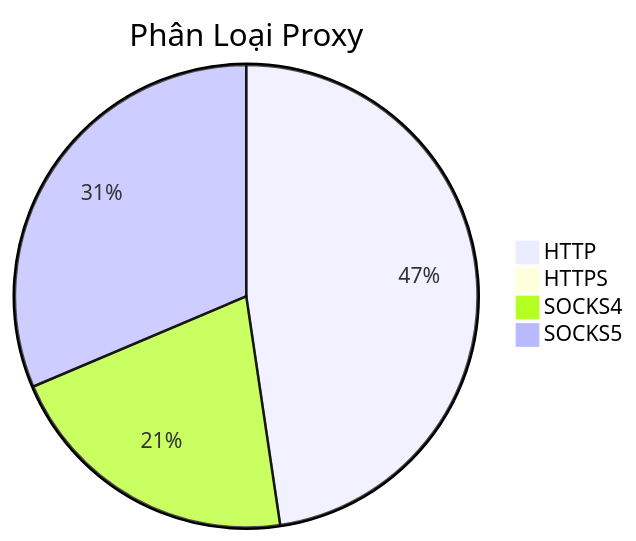
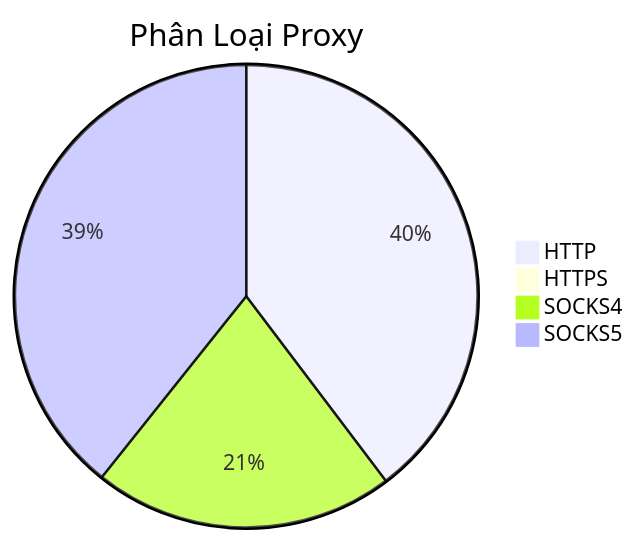
One commit to Ciara-Aa/PROXY-free changed the diagram in README.md. Above: the diagram before and after it, drawn with Mermaid. The commit also changed other lines of this file and 4 other files, not shown here.

````diff
--- a/README.md
+++ b/README.md
@@ -26,7 +26,7 @@
 ```mermaid
 pie title Phân Loại Proxy
-    "HTTP" : 366
+    "HTTP" : 285
     "HTTPS" : 3
-    "SOCKS4" : 161
-    "SOCKS5" : 241
+    "SOCKS4" : 151
+    "SOCKS5" : 282
 ```
````
